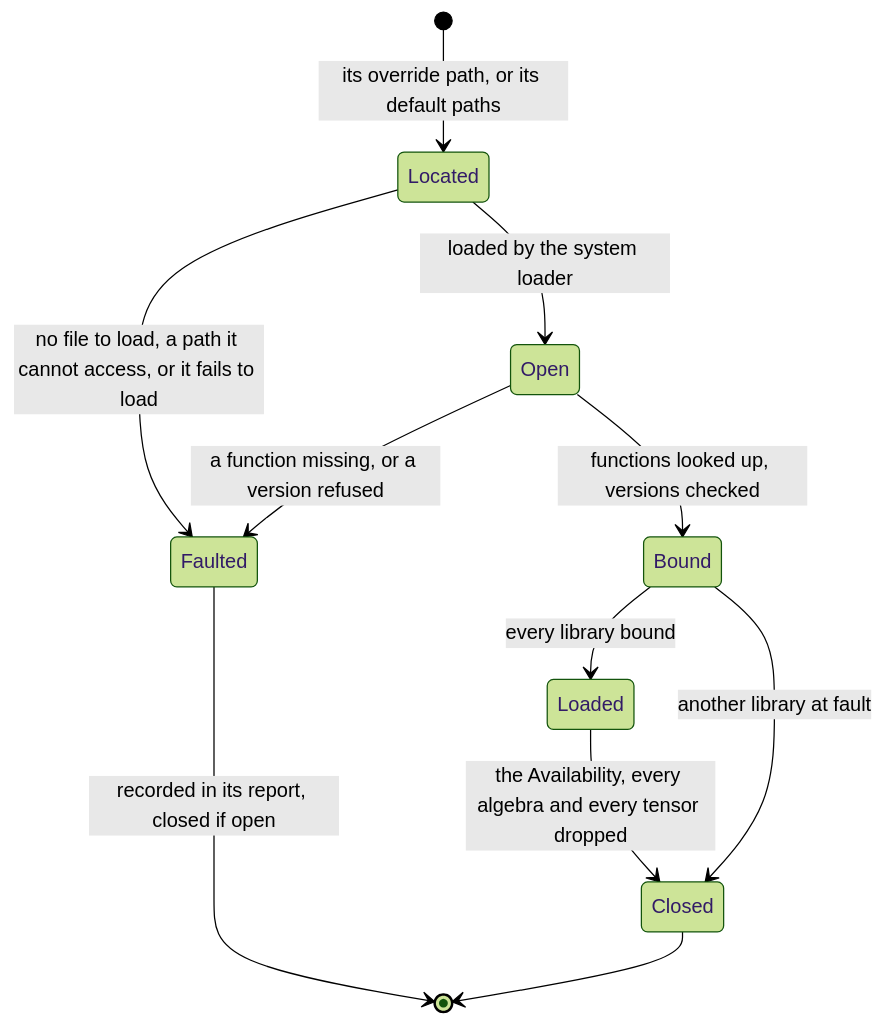
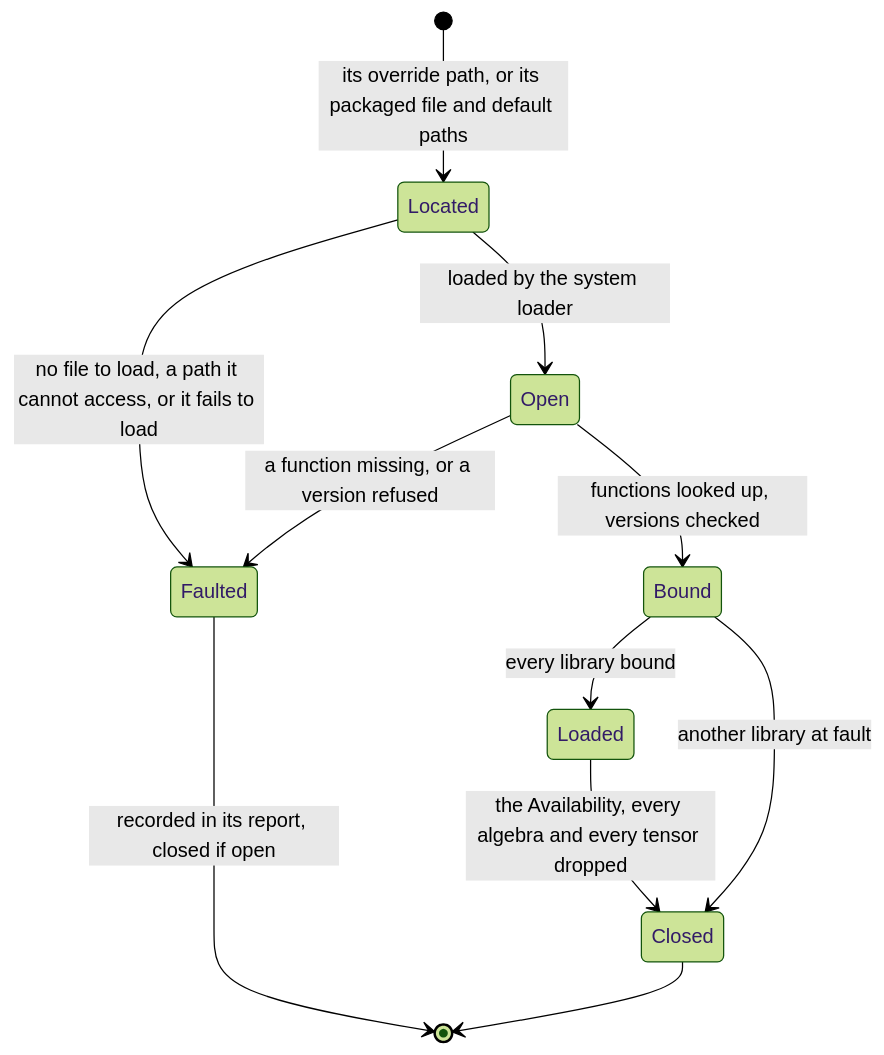
Before and after one commit to microsoft/qdk: the second of 3 diagrams in source/cutensornet/docs/loading.md, drawn with Mermaid (forest theme). The commit also changed other lines of this file and 32 other files, not shown here.

````diff
--- a/source/cutensornet/docs/loading.md
+++ b/source/cutensornet/docs/loading.md
@@ -40,14 +45,14 @@
 ```mermaid
 stateDiagram-v2
   direction TB
-  [*] --> Located: its override path, or its default paths
+  [*] --> Located: its override path, or its packaged file and default paths
   Located --> Open: loaded by the system loader
   Open --> Bound: functions looked up, versions checked
   Bound --> Loaded: every library bound
   Loaded --> Closed: the Availability, every algebra and every tensor dropped
   Located --> Faulted: no file to load, a path it cannot access, or it fails to load
   Open --> Faulted: a function missing, or a version refused
   Bound --> Closed: another library at fault
   Faulted --> [*]: recorded in its report, closed if open
   Closed --> [*]
 ```
````
